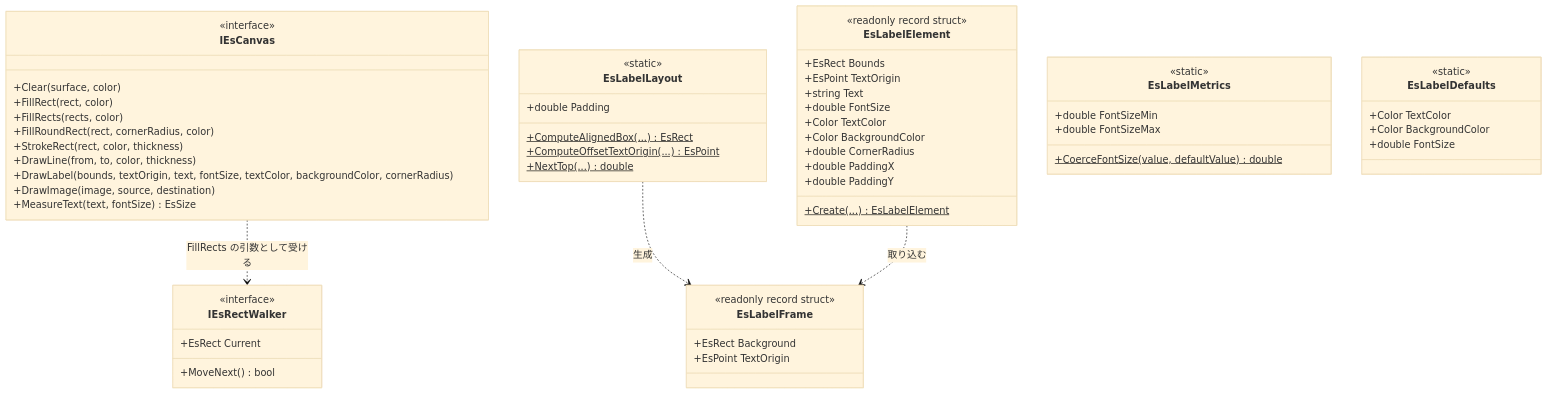
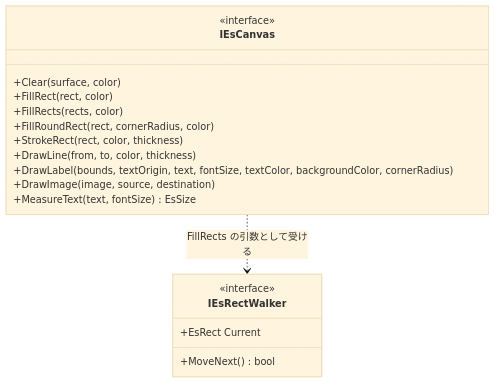
One commit to tomokuni/SaveEvidence changed the second of 3 diagrams in src/Common/SPEC_System.md. Above: the diagram before and after it, drawn with Mermaid (base theme). The commit also changed other lines of this file and 74 other files, not shown here.

````diff
--- a/src/Common/SPEC_System.md
+++ b/src/Common/SPEC_System.md
@@ -61,61 +55,22 @@
 ```mermaid
 classDiagram
   class IEsCanvas {
     <<interface>>
     +Clear(surface, color)
     +FillRect(rect, color)
     +FillRects(rects, color)
     +FillRoundRect(rect, cornerRadius, color)
     +StrokeRect(rect, color, thickness)
     +DrawLine(from, to, color, thickness)
     +DrawLabel(bounds, textOrigin, text, fontSize, textColor, backgroundColor, cornerRadius)
     +DrawImage(image, source, destination)
     +MeasureText(text, fontSize) EsSize
   }
   class IEsRectWalker {
     <<interface>>
     +MoveNext() bool
     +EsRect Current
   }
-  class EsLabelFrame {
-    <<readonly record struct>>
-    +EsRect Background
-    +EsPoint TextOrigin
-  }
-  class EsLabelElement {
-    <<readonly record struct>>
-    +EsRect Bounds
-    +EsPoint TextOrigin
-    +string Text
-    +double FontSize
-    +Color TextColor
-    +Color BackgroundColor
-    +double CornerRadius
-    +double PaddingX
-    +double PaddingY
-    +Create(...)$ EsLabelElement
-  }
-  class EsLabelLayout {
-    <<static>>
-    +double Padding
-    +ComputeAlignedBox(...)$ EsRect
-    +ComputeOffsetTextOrigin(...)$ EsPoint
-    +NextTop(...)$ double
-  }
-  class EsLabelMetrics {
-    <<static>>
-    +double FontSizeMin
-    +double FontSizeMax
-    +CoerceFontSize(value, defaultValue)$ double
-  }
-  class EsLabelDefaults {
-    <<static>>
-    +Color TextColor
-    +Color BackgroundColor
-    +double FontSize
-  }
 
   IEsCanvas ..> IEsRectWalker : FillRects の引数として受ける
-  EsLabelLayout ..> EsLabelFrame : 生成
-  EsLabelElement ..> EsLabelFrame : 取り込む
 ```
````
